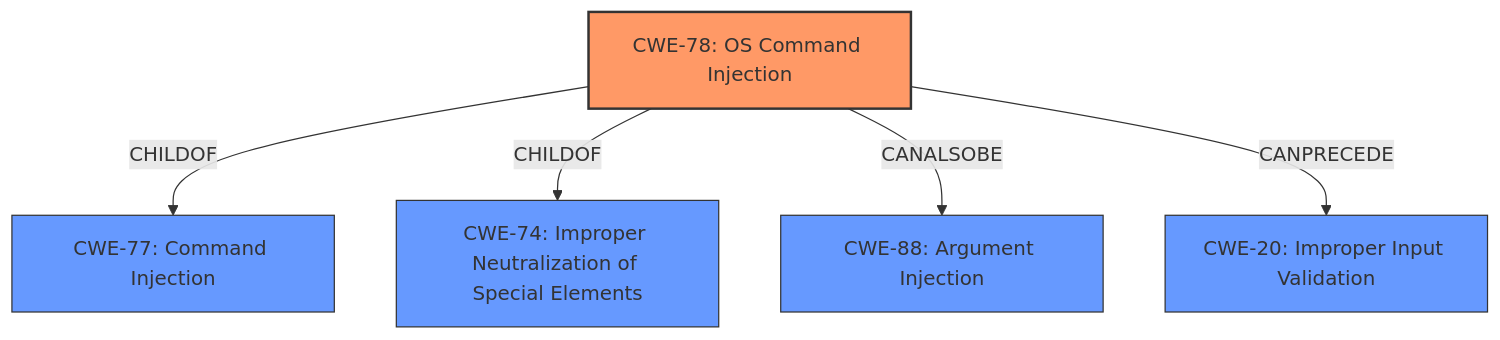
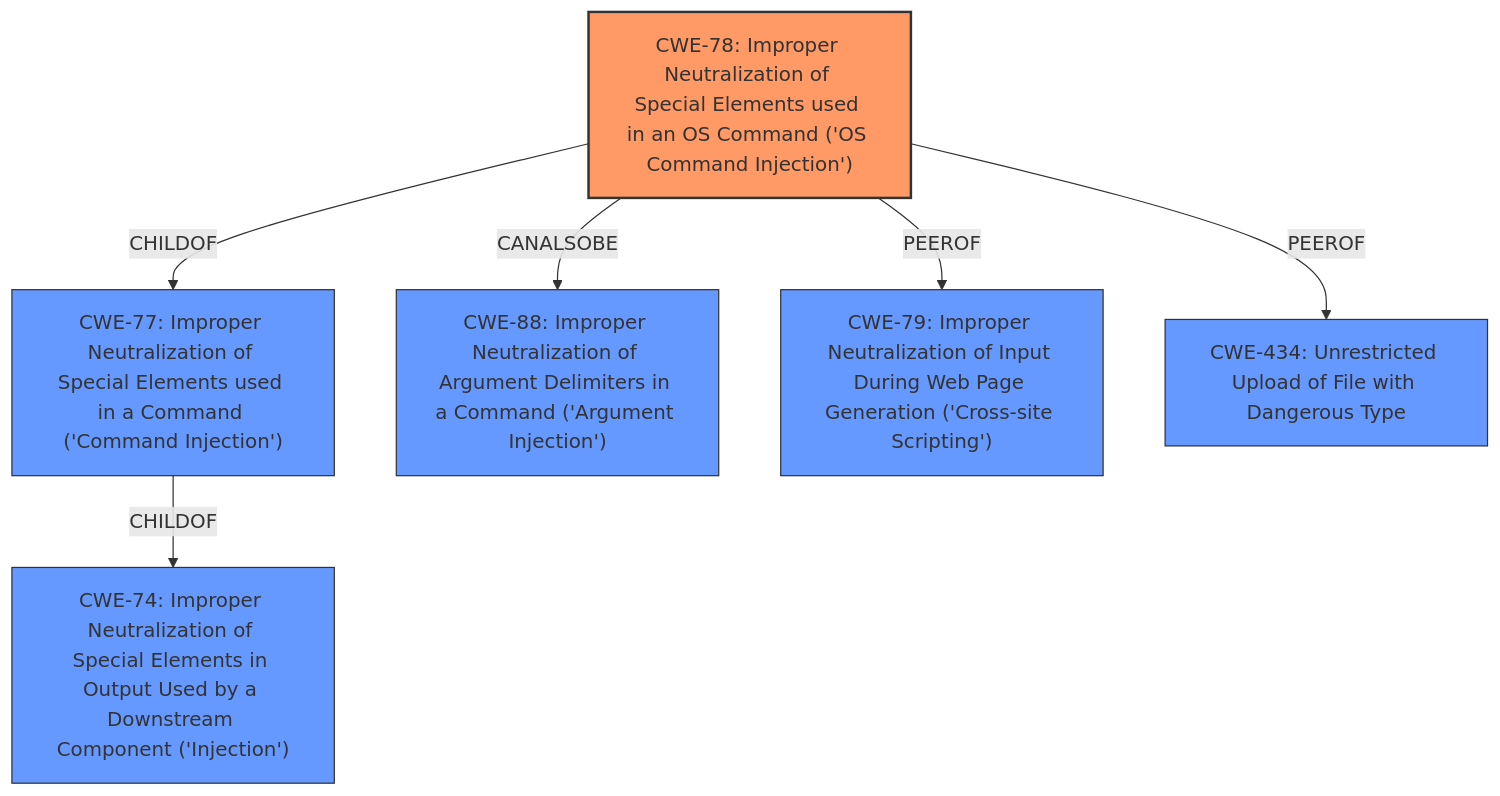
The diagram in CVE-2021-25296/CVE-2021-25296_analysis.md (CyberSecAI/cwe_agent_assign_reports_2023), drawn with Mermaid before and after one commit. The commit also changed other lines of this file and 902 other files, not shown here.

````diff
--- a/CVE-2021-25296/CVE-2021-25296_analysis.md
+++ b/CVE-2021-25296/CVE-2021-25296_analysis.md
@@ -17,18 +16,20 @@
 ```mermaid
 graph TD
-    cwe78["CWE-78: OS Command Injection"]
-    cwe77["CWE-77: Command Injection"]
-    cwe74["CWE-74: Improper Neutralization of Special Elements"]
-    cwe88["CWE-88: Argument Injection"]
-    cwe20["CWE-20: Improper Input Validation"]
+    cwe78["CWE-78: Improper Neutralization of Special Elements used in an OS Command ('OS Command Injection')"]
+    cwe77["CWE-77: Improper Neutralization of Special Elements used in a Command ('Command Injection')"]
+    cwe74["CWE-74: Improper Neutralization of Special Elements in Output Used by a Downstream Component ('Injection')"]
+    cwe88["CWE-88: Improper Neutralization of Argument Delimiters in a Command ('Argument Injection')"]
+    cwe79["CWE-79: Improper Neutralization of Input During Web Page Generation ('Cross-site Scripting')"]
+    cwe434["CWE-434: Unrestricted Upload of File with Dangerous Type"]
 
     cwe78 -->|CHILDOF| cwe77
-    cwe78 -->|CHILDOF| cwe74
+    cwe77 -->|CHILDOF| cwe74
     cwe78 -->|CANALSOBE| cwe88
-    cwe78 -->|CANPRECEDE| cwe20
-
+    cwe78 -->|PEEROF| cwe79
+    cwe78 -->|PEEROF| cwe434
+    
     classDef primary fill:#f96,stroke:#333,stroke-width:2px
     classDef secondary fill:#69f,stroke:#333
     class cwe78 primary
-    class cwe77,cwe74,cwe88,cwe20 secondary
+    class cwe77,cwe74,cwe88,cwe79,cwe434 secondary
 ```
````
